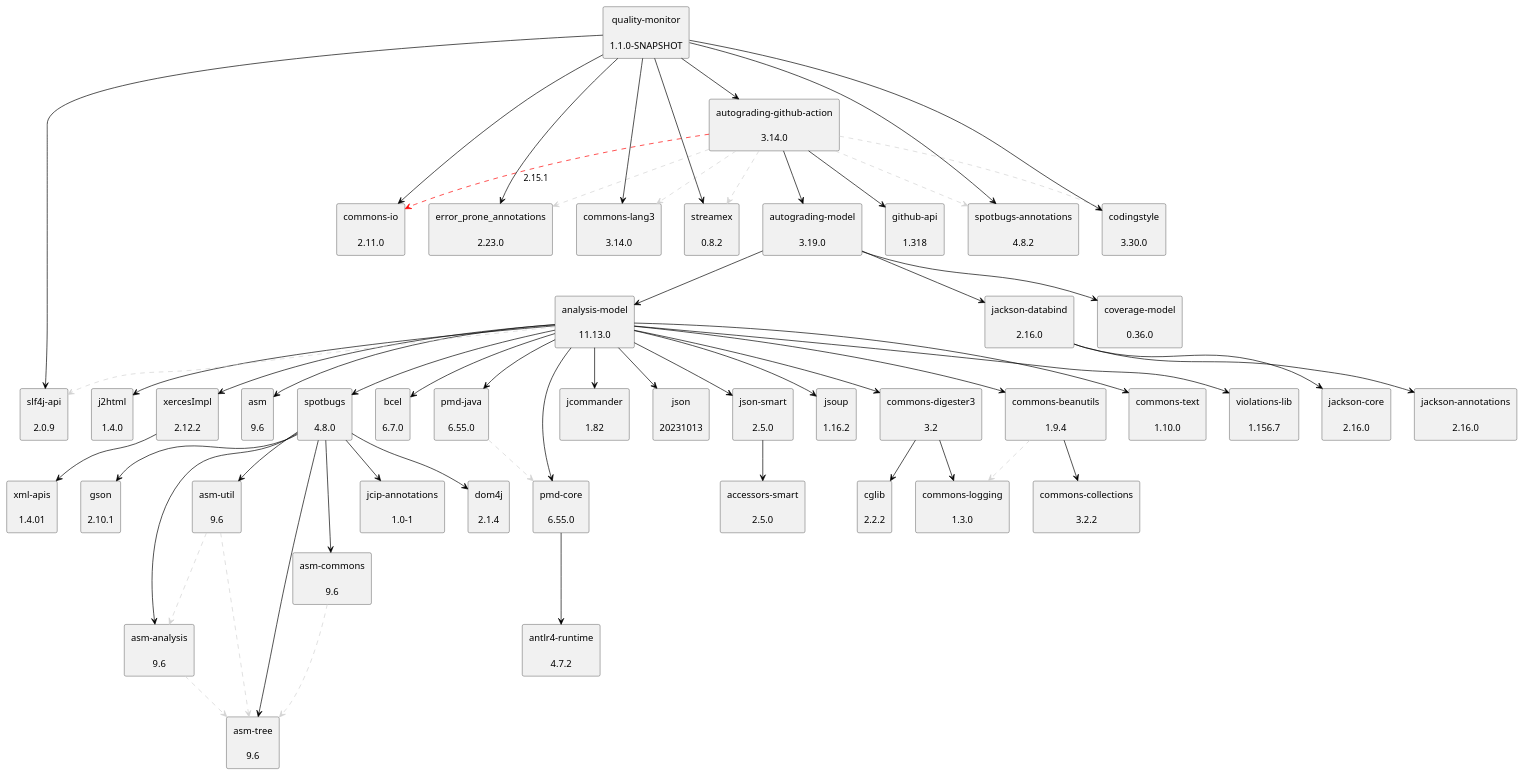
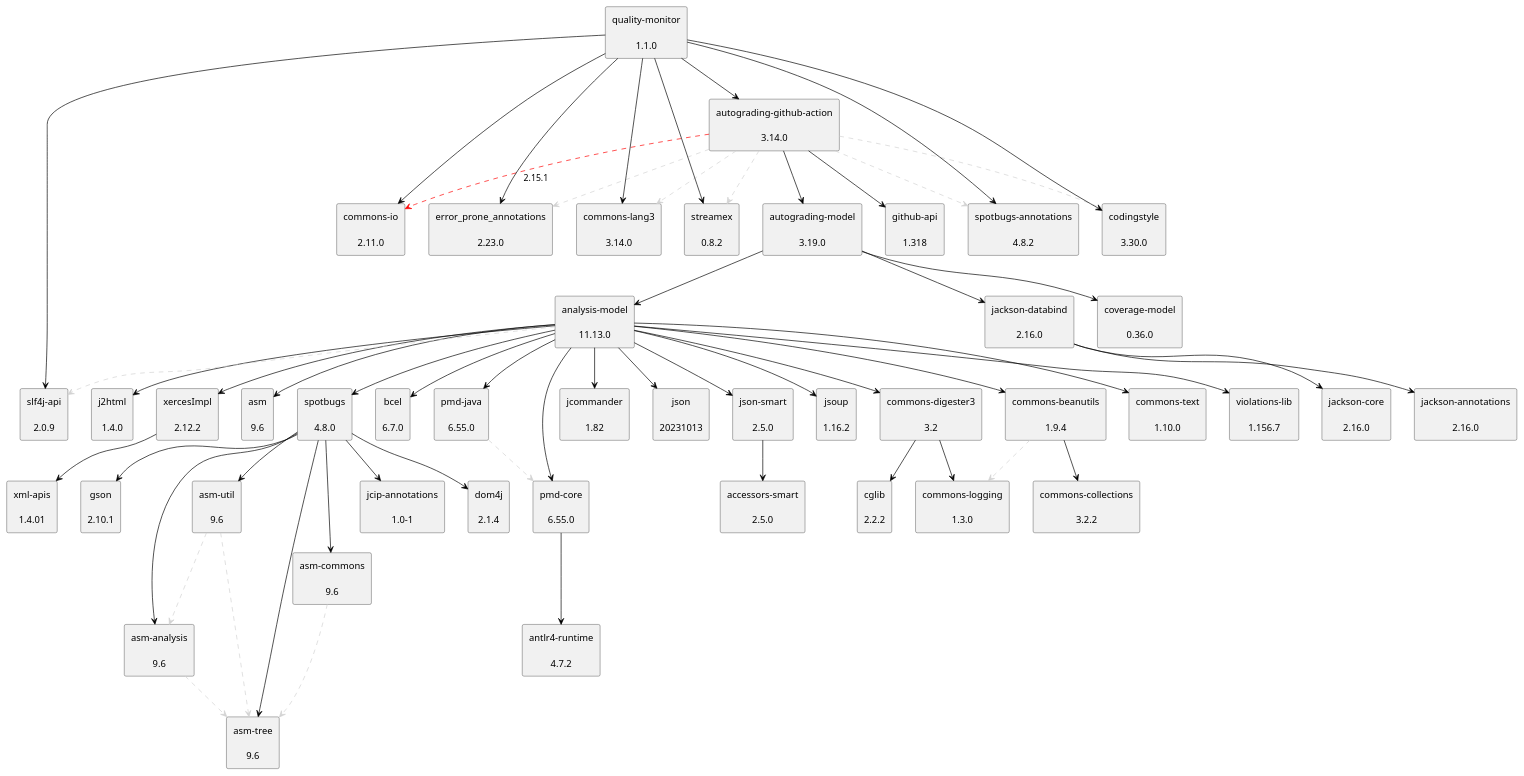
The diagram in doc/dependency-graph.puml (uhafner/quality-monitor), drawn with PlantUML before and after one commit. The commit also changed 3 other files, not shown here.

```diff
--- a/doc/dependency-graph.puml
+++ b/doc/dependency-graph.puml
@@ -1,109 +1,109 @@
 @startuml
 skinparam defaultTextAlignment center
 skinparam rectangle {
   BackgroundColor<<optional>> beige
   BackgroundColor<<test>> lightGreen
   BackgroundColor<<runtime>> lightBlue
   BackgroundColor<<provided>> lightGray
 }
 rectangle "analysis-model\n\n11.13.0" as edu_hm_hafner_analysis_model_jar
 rectangle "jsoup\n\n1.16.2" as org_jsoup_jsoup_jar
 rectangle "commons-digester3\n\n3.2" as org_apache_commons_commons_digester3_jar
 rectangle "cglib\n\n2.2.2" as cglib_cglib_jar
 rectangle "commons-logging\n\n1.3.0" as commons_logging_commons_logging_jar
 rectangle "commons-beanutils\n\n1.9.4" as commons_beanutils_commons_beanutils_jar
 rectangle "commons-collections\n\n3.2.2" as commons_collections_commons_collections_jar
 rectangle "commons-text\n\n1.10.0" as org_apache_commons_commons_text_jar
 rectangle "violations-lib\n\n1.156.7" as se_bjurr_violations_violations_lib_jar
 rectangle "j2html\n\n1.4.0" as com_j2html_j2html_jar
 rectangle "xercesImpl\n\n2.12.2" as xerces_xercesImpl_jar
 rectangle "xml-apis\n\n1.4.01" as xml_apis_xml_apis_jar
 rectangle "asm\n\n9.6" as org_ow2_asm_asm_jar
 rectangle "asm-analysis\n\n9.6" as org_ow2_asm_asm_analysis_jar
 rectangle "asm-tree\n\n9.6" as org_ow2_asm_asm_tree_jar
 rectangle "spotbugs\n\n4.8.0" as com_github_spotbugs_spotbugs_jar
 rectangle "asm-commons\n\n9.6" as org_ow2_asm_asm_commons_jar
 rectangle "asm-util\n\n9.6" as org_ow2_asm_asm_util_jar
 rectangle "jcip-annotations\n\n1.0-1" as com_github_stephenc_jcip_jcip_annotations_jar
 rectangle "dom4j\n\n2.1.4" as org_dom4j_dom4j_jar
 rectangle "gson\n\n2.10.1" as com_google_code_gson_gson_jar
 rectangle "bcel\n\n6.7.0" as org_apache_bcel_bcel_jar
 rectangle "pmd-core\n\n6.55.0" as net_sourceforge_pmd_pmd_core_jar
 rectangle "antlr4-runtime\n\n4.7.2" as org_antlr_antlr4_runtime_jar
 rectangle "jcommander\n\n1.82" as com_beust_jcommander_jar
 rectangle "pmd-java\n\n6.55.0" as net_sourceforge_pmd_pmd_java_jar
 rectangle "json\n\n20231013" as org_json_json_jar
 rectangle "json-smart\n\n2.5.0" as net_minidev_json_smart_jar
 rectangle "accessors-smart\n\n2.5.0" as net_minidev_accessors_smart_jar
 rectangle "slf4j-api\n\n2.0.9" as org_slf4j_slf4j_api_jar
 rectangle "autograding-model\n\n3.19.0" as edu_hm_hafner_autograding_model_jar
 rectangle "coverage-model\n\n0.36.0" as edu_hm_hafner_coverage_model_jar
 rectangle "jackson-databind\n\n2.16.0" as com_fasterxml_jackson_core_jackson_databind_jar
 rectangle "jackson-annotations\n\n2.16.0" as com_fasterxml_jackson_core_jackson_annotations_jar
 rectangle "jackson-core\n\n2.16.0" as com_fasterxml_jackson_core_jackson_core_jar
 rectangle "autograding-github-action\n\n3.14.0" as edu_hm_hafner_autograding_github_action_jar
 rectangle "github-api\n\n1.318" as org_kohsuke_github_api_jar
 rectangle "commons-io\n\n2.11.0" as commons_io_commons_io_jar
 rectangle "commons-lang3\n\n3.14.0" as org_apache_commons_commons_lang3_jar
 rectangle "spotbugs-annotations\n\n4.8.2" as com_github_spotbugs_spotbugs_annotations_jar
 rectangle "error_prone_annotations\n\n2.23.0" as com_google_errorprone_error_prone_annotations_jar
 rectangle "streamex\n\n0.8.2" as one_util_streamex_jar
 rectangle "codingstyle\n\n3.30.0" as edu_hm_hafner_codingstyle_jar
-rectangle "quality-monitor\n\n1.1.0-SNAPSHOT" as edu_hm_hafner_quality_monitor_jar
+rectangle "quality-monitor\n\n1.1.0" as edu_hm_hafner_quality_monitor_jar
 edu_hm_hafner_analysis_model_jar -[#000000]-> org_jsoup_jsoup_jar
 org_apache_commons_commons_digester3_jar -[#000000]-> cglib_cglib_jar
 org_apache_commons_commons_digester3_jar -[#000000]-> commons_logging_commons_logging_jar
 edu_hm_hafner_analysis_model_jar -[#000000]-> org_apache_commons_commons_digester3_jar
 commons_beanutils_commons_beanutils_jar .[#D3D3D3].> commons_logging_commons_logging_jar
 commons_beanutils_commons_beanutils_jar -[#000000]-> commons_collections_commons_collections_jar
 edu_hm_hafner_analysis_model_jar -[#000000]-> commons_beanutils_commons_beanutils_jar
 edu_hm_hafner_analysis_model_jar -[#000000]-> org_apache_commons_commons_text_jar
 edu_hm_hafner_analysis_model_jar -[#000000]-> se_bjurr_violations_violations_lib_jar
 edu_hm_hafner_analysis_model_jar -[#000000]-> com_j2html_j2html_jar
 xerces_xercesImpl_jar -[#000000]-> xml_apis_xml_apis_jar
 edu_hm_hafner_analysis_model_jar -[#000000]-> xerces_xercesImpl_jar
 edu_hm_hafner_analysis_model_jar -[#000000]-> org_ow2_asm_asm_jar
 org_ow2_asm_asm_analysis_jar .[#D3D3D3].> org_ow2_asm_asm_tree_jar
 com_github_spotbugs_spotbugs_jar -[#000000]-> org_ow2_asm_asm_analysis_jar
 org_ow2_asm_asm_commons_jar .[#D3D3D3].> org_ow2_asm_asm_tree_jar
 com_github_spotbugs_spotbugs_jar -[#000000]-> org_ow2_asm_asm_commons_jar
 com_github_spotbugs_spotbugs_jar -[#000000]-> org_ow2_asm_asm_tree_jar
 org_ow2_asm_asm_util_jar .[#D3D3D3].> org_ow2_asm_asm_tree_jar
 org_ow2_asm_asm_util_jar .[#D3D3D3].> org_ow2_asm_asm_analysis_jar
 com_github_spotbugs_spotbugs_jar -[#000000]-> org_ow2_asm_asm_util_jar
 com_github_spotbugs_spotbugs_jar -[#000000]-> com_github_stephenc_jcip_jcip_annotations_jar
 com_github_spotbugs_spotbugs_jar -[#000000]-> org_dom4j_dom4j_jar
 com_github_spotbugs_spotbugs_jar -[#000000]-> com_google_code_gson_gson_jar
 edu_hm_hafner_analysis_model_jar -[#000000]-> com_github_spotbugs_spotbugs_jar
 edu_hm_hafner_analysis_model_jar -[#000000]-> org_apache_bcel_bcel_jar
 net_sourceforge_pmd_pmd_core_jar -[#000000]-> org_antlr_antlr4_runtime_jar
 edu_hm_hafner_analysis_model_jar -[#000000]-> net_sourceforge_pmd_pmd_core_jar
 edu_hm_hafner_analysis_model_jar -[#000000]-> com_beust_jcommander_jar
 net_sourceforge_pmd_pmd_java_jar .[#D3D3D3].> net_sourceforge_pmd_pmd_core_jar
 edu_hm_hafner_analysis_model_jar -[#000000]-> net_sourceforge_pmd_pmd_java_jar
 edu_hm_hafner_analysis_model_jar -[#000000]-> org_json_json_jar
 net_minidev_json_smart_jar -[#000000]-> net_minidev_accessors_smart_jar
 edu_hm_hafner_analysis_model_jar -[#000000]-> net_minidev_json_smart_jar
 edu_hm_hafner_analysis_model_jar .[#D3D3D3].> org_slf4j_slf4j_api_jar
 edu_hm_hafner_autograding_model_jar -[#000000]-> edu_hm_hafner_analysis_model_jar
 edu_hm_hafner_autograding_model_jar -[#000000]-> edu_hm_hafner_coverage_model_jar
 com_fasterxml_jackson_core_jackson_databind_jar -[#000000]-> com_fasterxml_jackson_core_jackson_annotations_jar
 com_fasterxml_jackson_core_jackson_databind_jar -[#000000]-> com_fasterxml_jackson_core_jackson_core_jar
 edu_hm_hafner_autograding_model_jar -[#000000]-> com_fasterxml_jackson_core_jackson_databind_jar
 edu_hm_hafner_autograding_github_action_jar -[#000000]-> edu_hm_hafner_autograding_model_jar
 edu_hm_hafner_autograding_github_action_jar -[#000000]-> org_kohsuke_github_api_jar
 edu_hm_hafner_autograding_github_action_jar .[#FF0000].> commons_io_commons_io_jar: 2.15.1
 edu_hm_hafner_autograding_github_action_jar .[#D3D3D3].> org_apache_commons_commons_lang3_jar
 edu_hm_hafner_autograding_github_action_jar .[#D3D3D3].> com_github_spotbugs_spotbugs_annotations_jar
 edu_hm_hafner_autograding_github_action_jar .[#D3D3D3].> com_google_errorprone_error_prone_annotations_jar
 edu_hm_hafner_autograding_github_action_jar .[#D3D3D3].> one_util_streamex_jar
 edu_hm_hafner_autograding_github_action_jar .[#D3D3D3].> edu_hm_hafner_codingstyle_jar
 edu_hm_hafner_quality_monitor_jar -[#000000]-> edu_hm_hafner_autograding_github_action_jar
 edu_hm_hafner_quality_monitor_jar -[#000000]-> org_slf4j_slf4j_api_jar
 edu_hm_hafner_quality_monitor_jar -[#000000]-> com_github_spotbugs_spotbugs_annotations_jar
 edu_hm_hafner_quality_monitor_jar -[#000000]-> com_google_errorprone_error_prone_annotations_jar
 edu_hm_hafner_quality_monitor_jar -[#000000]-> one_util_streamex_jar
 edu_hm_hafner_quality_monitor_jar -[#000000]-> edu_hm_hafner_codingstyle_jar
 edu_hm_hafner_quality_monitor_jar -[#000000]-> org_apache_commons_commons_lang3_jar
 edu_hm_hafner_quality_monitor_jar -[#000000]-> commons_io_commons_io_jar
 @enduml
```
